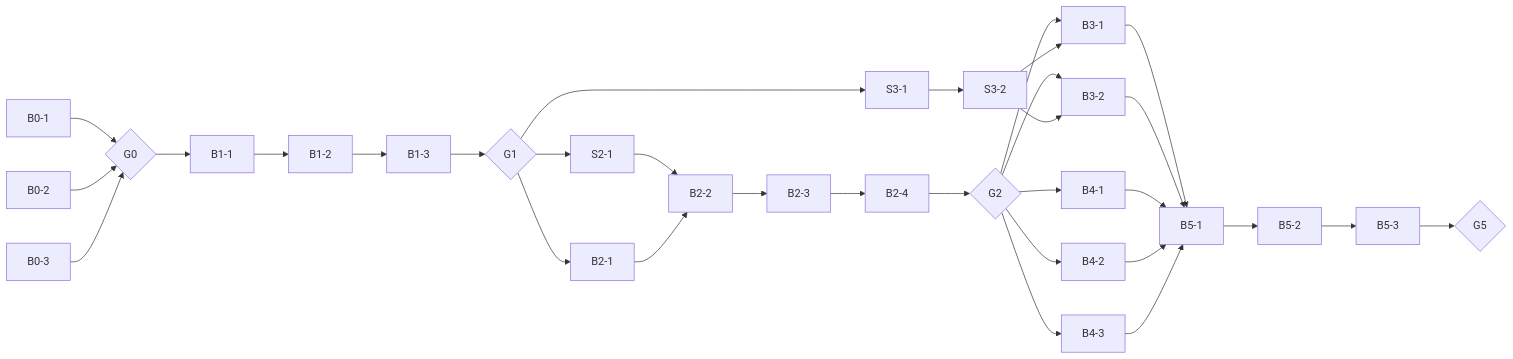
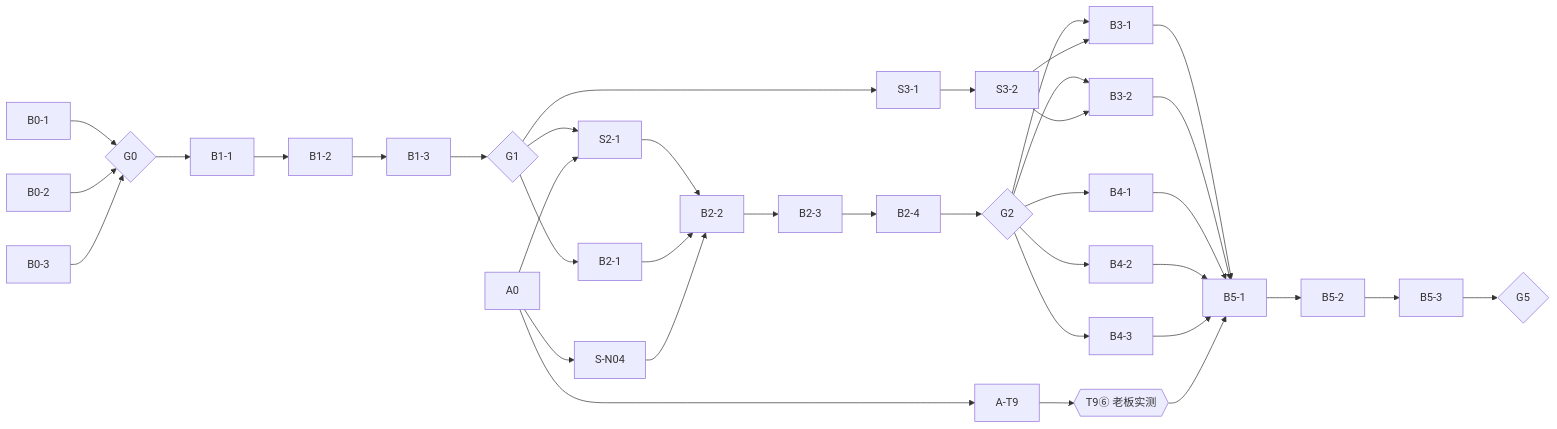
One commit to MainQuestAI/Deck-Master changed the diagram in docs/reports/pr33-webui-rebuild-20260925/task-cards/README.md. Above: the diagram before and after it, drawn with Mermaid. The commit also changed other lines of this file and 3 other files, not shown here.

````diff
--- a/docs/reports/pr33-webui-rebuild-20260925/task-cards/README.md
+++ b/docs/reports/pr33-webui-rebuild-20260925/task-cards/README.md
@@ -66,23 +79,26 @@
 ```mermaid
 flowchart LR
   B01[B0-1] --> G0{G0}
   B02[B0-2] --> G0
   B03[B0-3] --> G0
   G0 --> B11[B1-1] --> B12[B1-2] --> B13[B1-3] --> G1{G1}
   G1 --> S21[S2-1] --> B22[B2-2]
   G1 --> B21[B2-1] --> B22 --> B23[B2-3] --> B24[B2-4] --> G2{G2}
   G1 --> S31[S3-1] --> S32[S3-2]
   G2 --> B31[B3-1]
   G2 --> B32[B3-2]
   S32 --> B31
   S32 --> B32
   G2 --> B41[B4-1]
   G2 --> B42[B4-2]
   G2 --> B43[B4-3]
   B31 --> B51[B5-1]
   B32 --> B51
   B41 --> B51
   B42 --> B51
   B43 --> B51
   B51 --> B52[B5-2] --> B53[B5-3] --> G5{G5}
+  A0[A0] --> AT9[A-T9] --> H17{{T9⑥ 老板实测}} --> B51
+  A0 --> SN04[S-N04] --> B22
+  A0 --> S21
 ```
````
